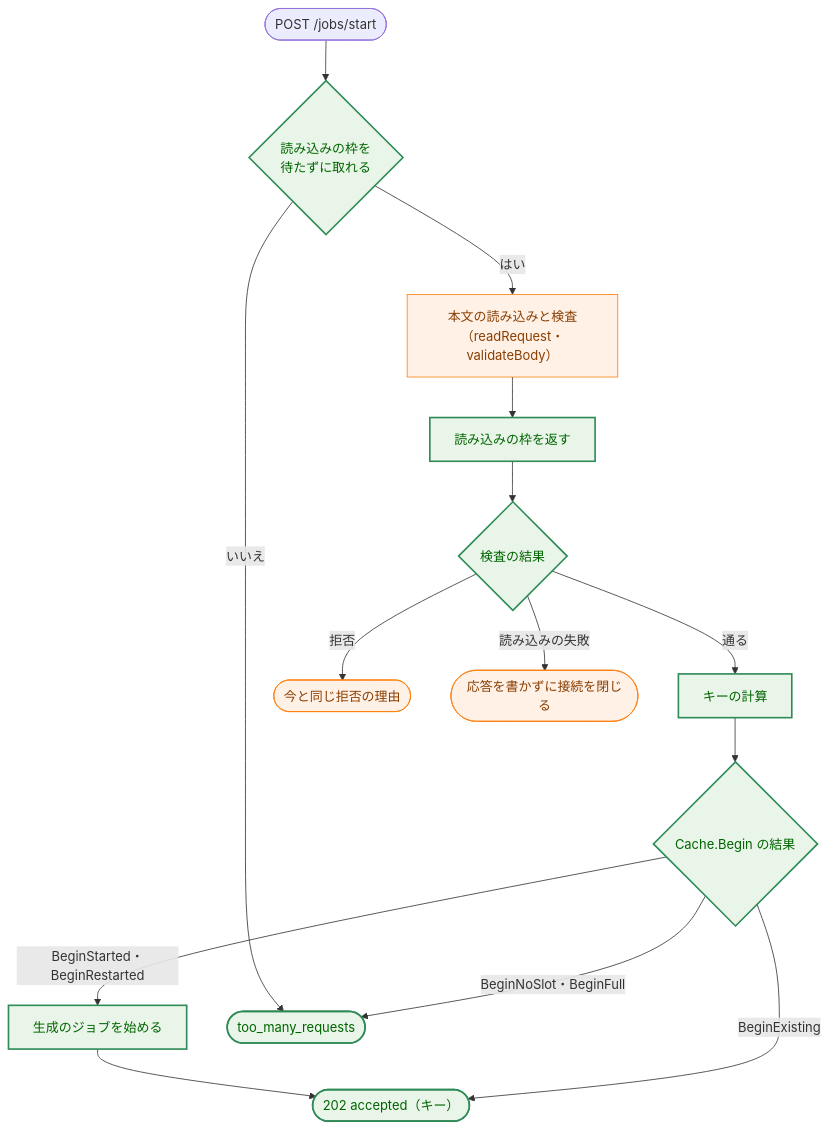
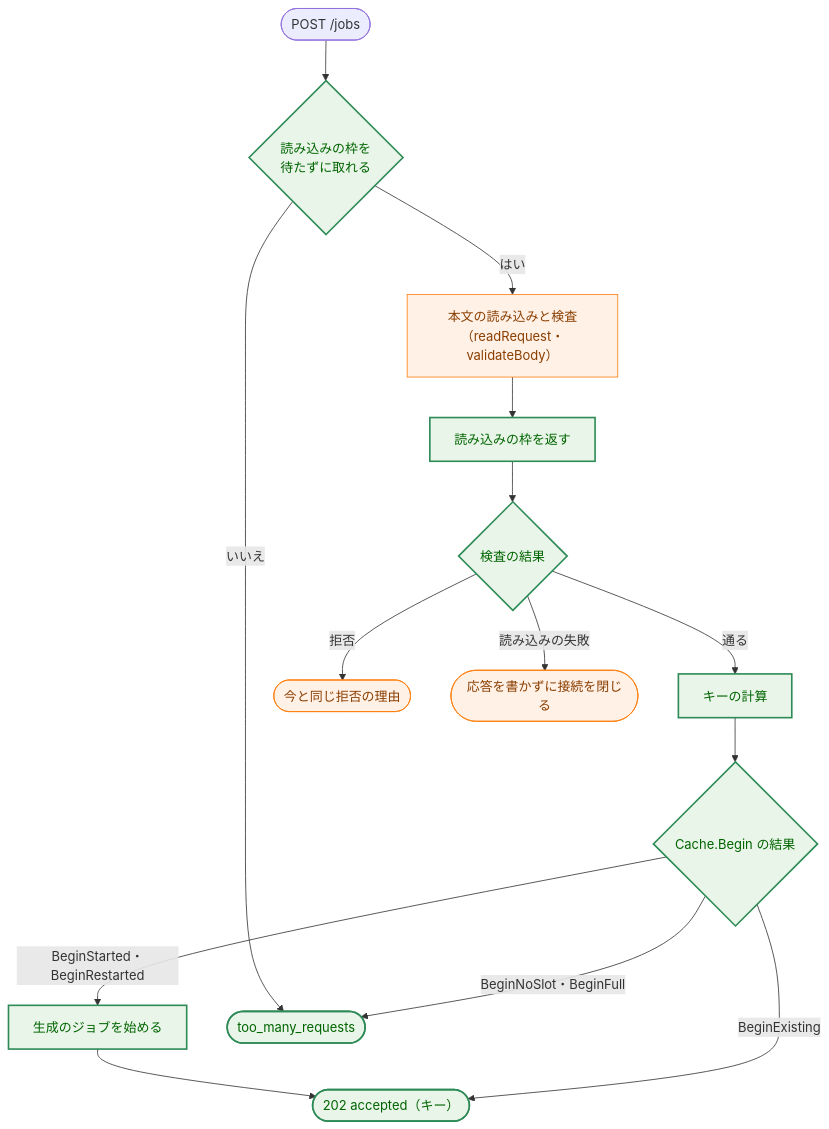
One commit to isseis/yt2column changed diagram 12 of 15 in docs/tasks/0044_article_job_api/02_architecture.md. Above: the diagram before and after it, drawn with Mermaid. The commit also changed other lines of this file, not shown here.

First line of the commit message:
docs(0044): use GET /jobs/{key} and a key in the path for the new API

````diff
--- a/docs/tasks/0044_article_job_api/02_architecture.md
+++ b/docs/tasks/0044_article_job_api/02_architecture.md
@@ -1373,35 +1383,35 @@
 ```mermaid
 flowchart TD
     classDef process fill:#fff1e6,stroke:#ff7f0e,stroke-width:1px,color:#8a3e00;
     classDef enhanced fill:#e8f5e8,stroke:#2e8b57,stroke-width:2px,color:#006400;
 
-    REQ(["POST /jobs/start"])
+    REQ(["POST /jobs"])
     READSLOT{"読み込みの枠を<br>待たずに取れる"}
     READ["本文の読み込みと検査<br>（readRequest・validateBody）"]
     REL["読み込みの枠を返す"]
     VALID{"検査の結果"}
     KEY["キーの計算"]
     BEGIN{"Cache.Begin の結果"}
     START["生成のジョブを始める"]
     ACC(["202 accepted（キー）"])
     TMR(["too_many_requests"])
     REJ(["今と同じ拒否の理由"])
     ABORT(["応答を書かずに接続を閉じる"])
 
     REQ --> READSLOT
     READSLOT -->|"いいえ"| TMR
     READSLOT -->|"はい"| READ
     READ --> REL
     REL --> VALID
     VALID -->|"読み込みの失敗"| ABORT
     VALID -->|"拒否"| REJ
     VALID -->|"通る"| KEY
     KEY --> BEGIN
     BEGIN -->|"BeginStarted・BeginRestarted"| START
     START --> ACC
     BEGIN -->|"BeginExisting"| ACC
     BEGIN -->|"BeginNoSlot・BeginFull"| TMR
 
     class READ,REJ,ABORT process
     class READSLOT,REL,VALID,KEY,BEGIN,START,ACC,TMR enhanced
 ```
````
